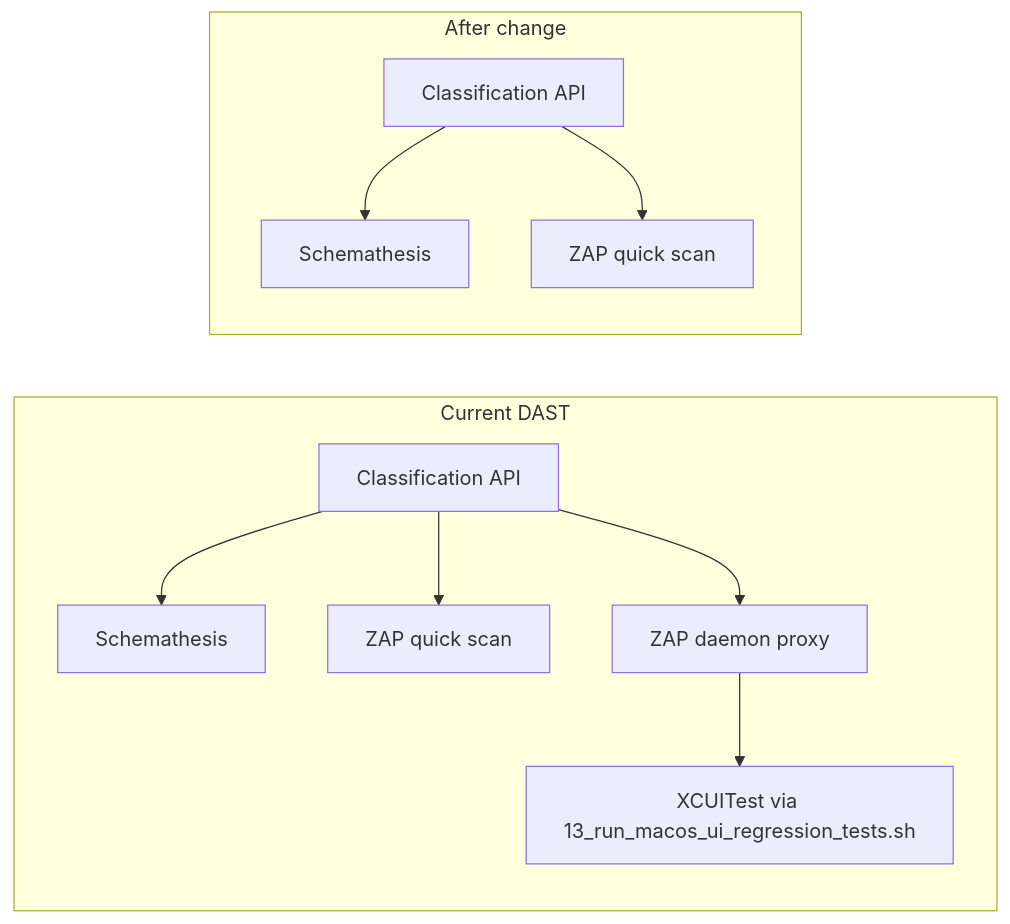
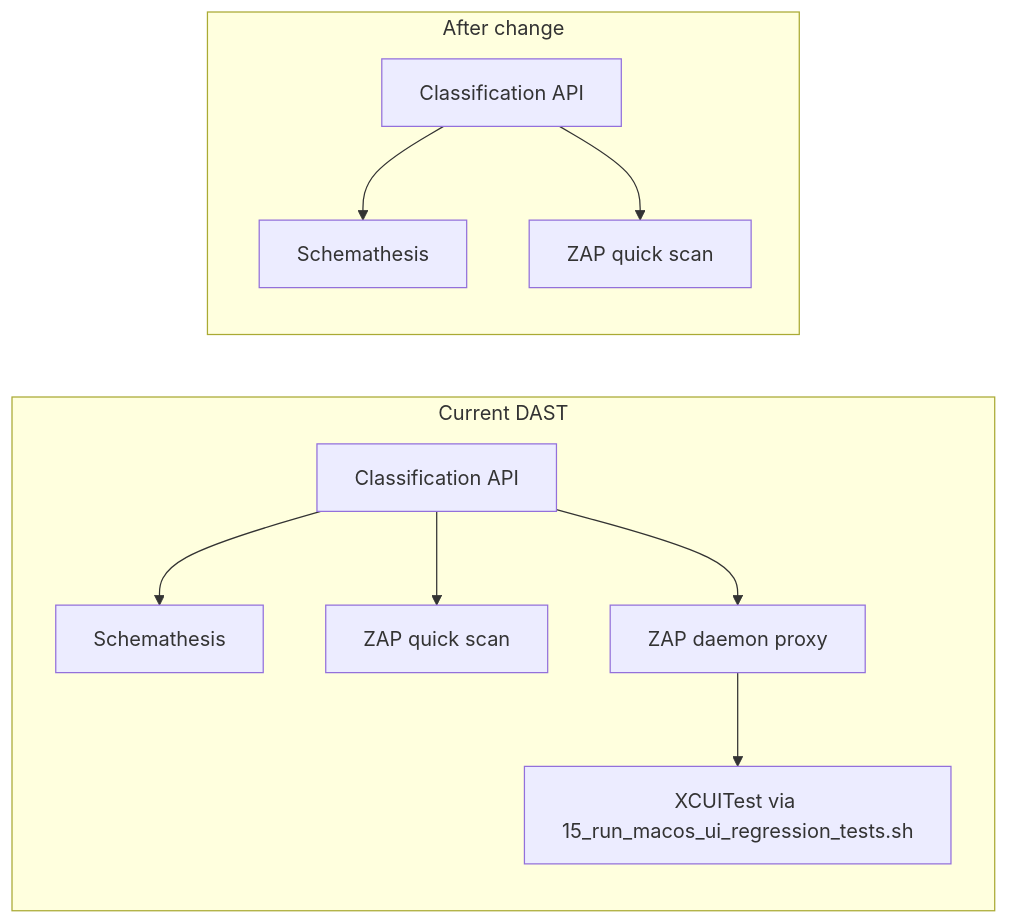
The diagram in .cursor/plans/remove_macos_ui_dast_63d70787.plan.md (phil-bryant/teller), drawn with Mermaid before and after one commit. The commit also changed other lines of this file and 104 other files, not shown here.

````diff
--- a/.cursor/plans/remove_macos_ui_dast_63d70787.plan.md
+++ b/.cursor/plans/remove_macos_ui_dast_63d70787.plan.md
@@ -38,21 +38,21 @@
 ```mermaid
 flowchart LR
   subgraph before [Current DAST]
     API[Classification API]
     SCH[Schemathesis]
     ZAPQ[ZAP quick scan]
     ZAPD[ZAP daemon proxy]
-  UI[XCUITest via 13_run_macos_ui_regression_tests.sh]
+  UI[XCUITest via 15_run_macos_ui_regression_tests.sh]
     API --> SCH
     API --> ZAPQ
     API --> ZAPD
     ZAPD --> UI
   end
   subgraph after [After change]
     API2[Classification API]
     SCH2[Schemathesis]
     ZAPQ2[ZAP quick scan]
     API2 --> SCH2
     API2 --> ZAPQ2
   end
 ```
````
